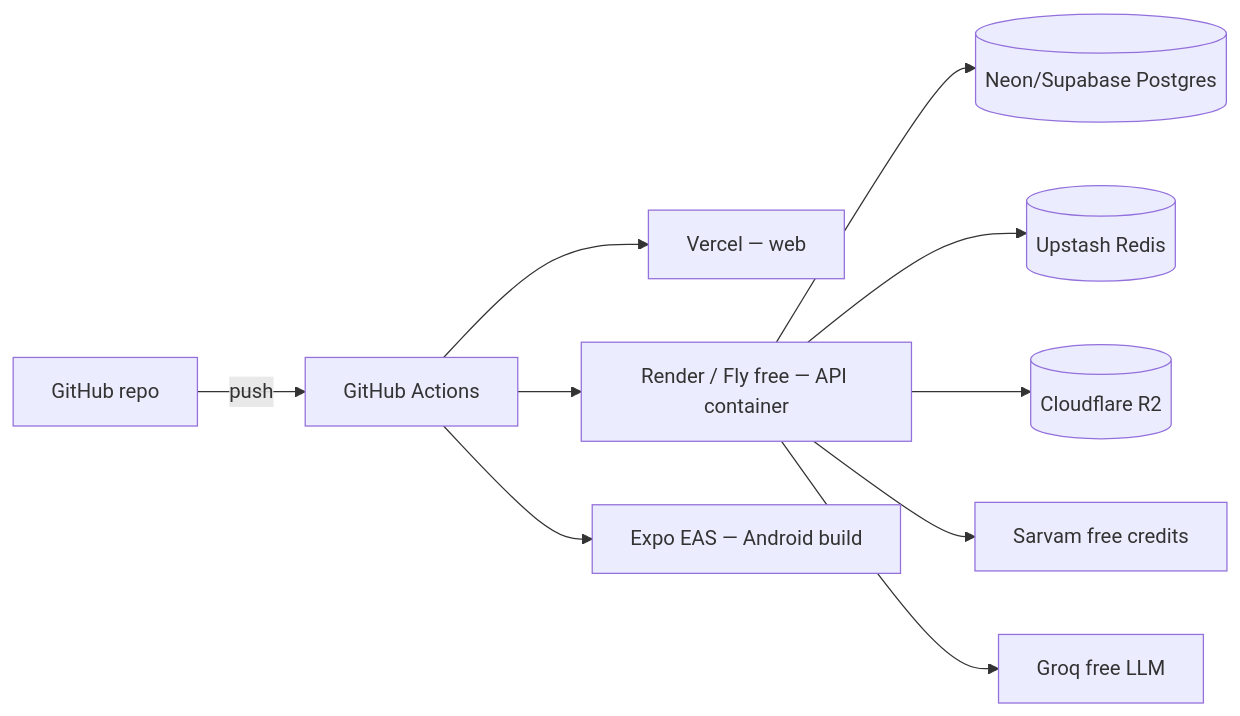
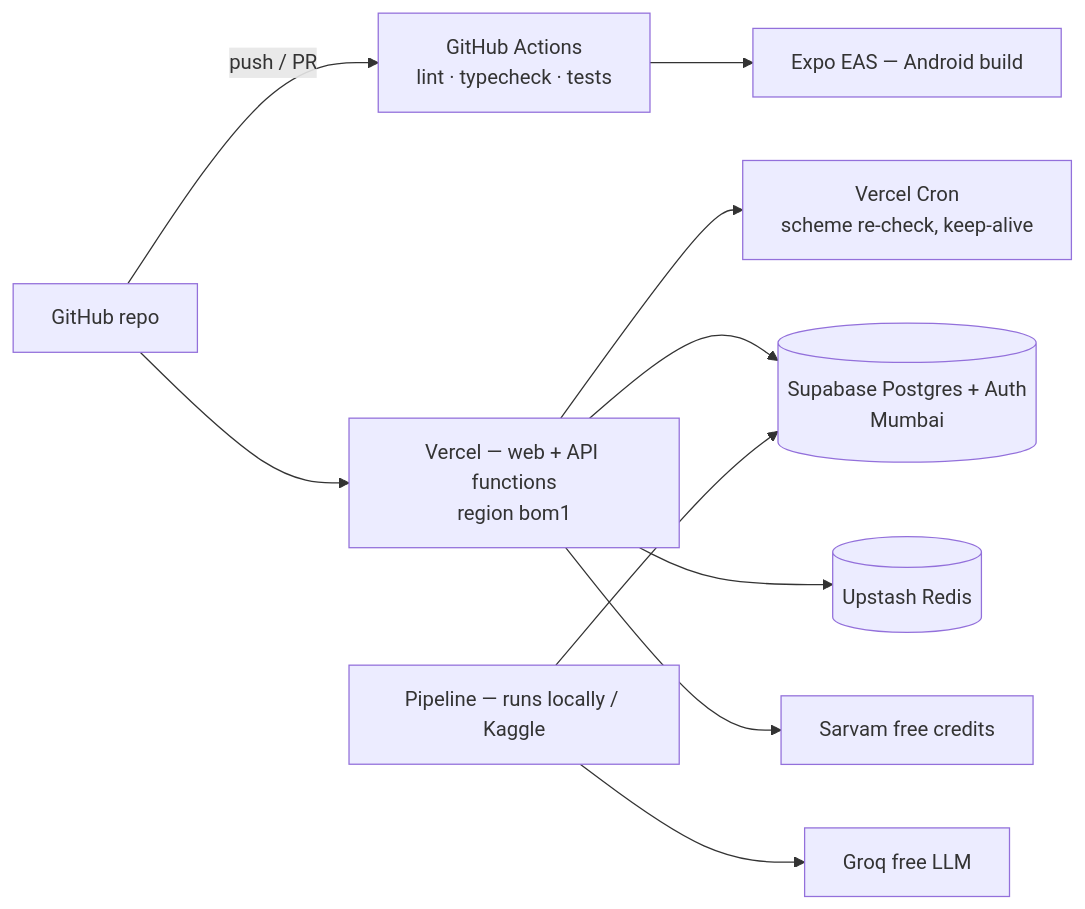
The seventh of 7 diagrams in docs/ARCHITECTURE.md (Zakuroooo/SchemeMatch), drawn with Mermaid before and after one commit. The commit also changed other lines of this file, not shown here.

Commit message:
docs(architecture): point to ADRs and switch hosting to Vercel Functions

````diff
--- a/docs/ARCHITECTURE.md
+++ b/docs/ARCHITECTURE.md
@@ -202,12 +188,12 @@
 ```mermaid
 flowchart LR
-    GH[GitHub repo] -->|push| CI[GitHub Actions]
-    CI --> VC[Vercel — web]
-    CI --> RE[Render / Fly free — API container]
+    GH[GitHub repo] -->|push / PR| CI[GitHub Actions<br/>lint · typecheck · tests]
+    GH --> VC[Vercel — web + API functions<br/>region bom1]
+    VC --> CRON[Vercel Cron<br/>scheme re-check, keep-alive]
     CI --> EAS[Expo EAS — Android build]
-    RE --> NE[(Neon/Supabase Postgres)]
-    RE --> UP[(Upstash Redis)]
-    RE --> CF[(Cloudflare R2)]
-    RE --> SV[Sarvam free credits]
-    RE --> GQ[Groq free LLM]
+    VC --> SB[(Supabase Postgres + Auth<br/>Mumbai)]
+    VC --> UP[(Upstash Redis)]
+    VC --> SV[Sarvam free credits]
+    PIPE[Pipeline — runs locally / Kaggle] --> GQ[Groq free LLM]
+    PIPE --> SB
 ```
````
